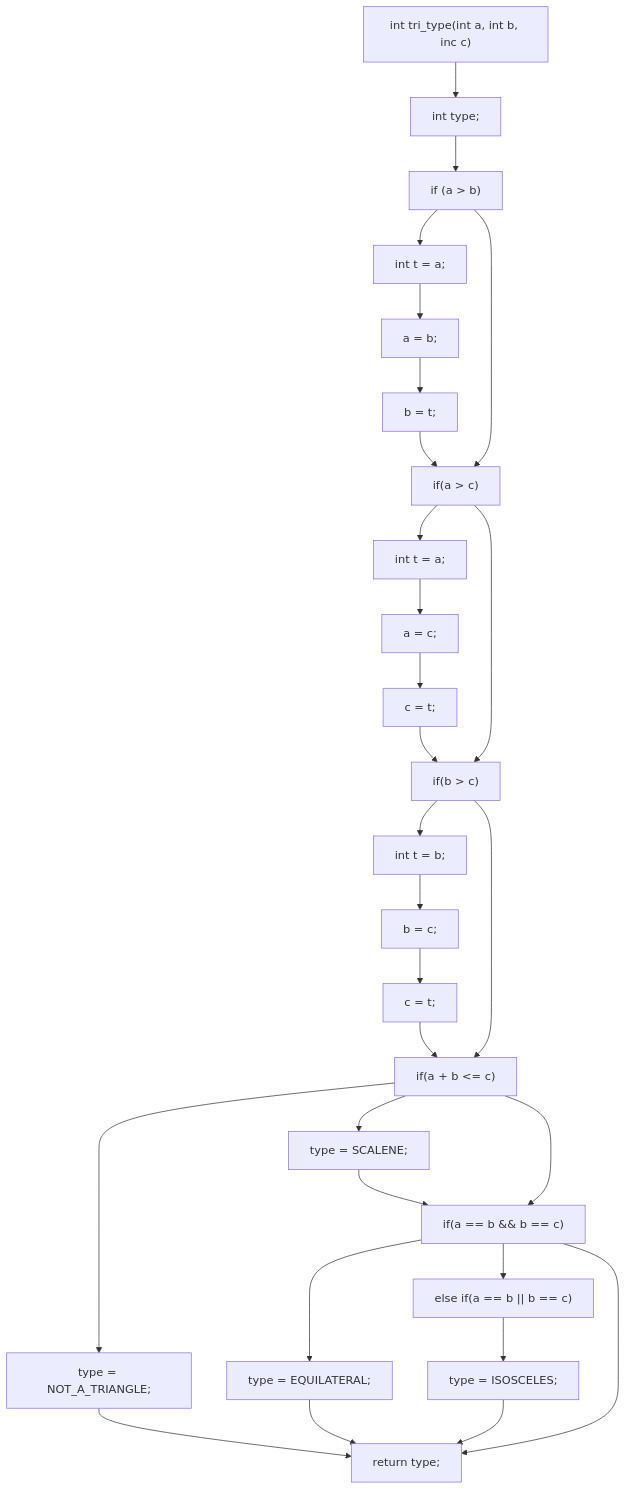
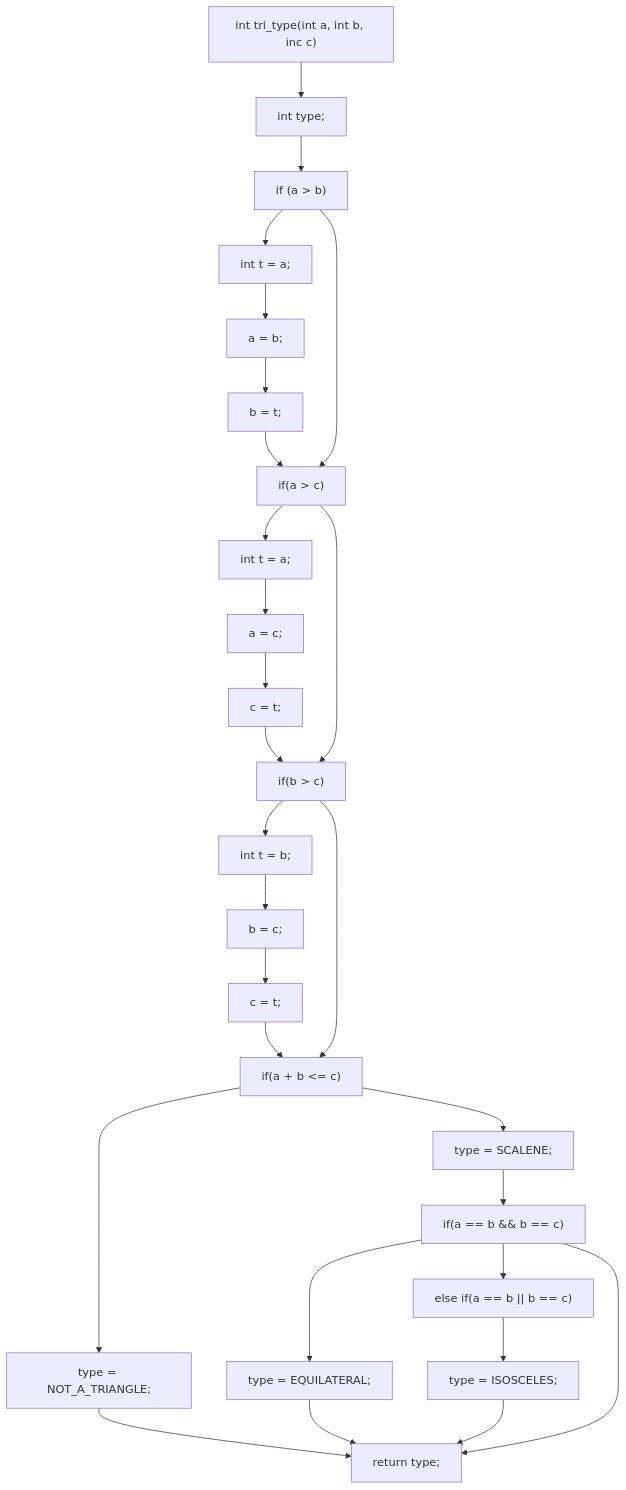
The second of 2 diagrams in README.md (hajer78945/eng5), drawn with Mermaid before and after one commit.

````diff
--- a/README.md
+++ b/README.md
@@ -203,24 +203,23 @@
 ```mermaid
 graph TD;
 id1["int tri_type(int a, int b, inc c)"]
 id2["int type;"]
 id1 --> id2;
 id3["if (a > b)"]
 id2 --> id3;
 id4["if(a > c)"]
 id3 --> id5["int t = a;"] --> id6["a = b;"] --> id7["b = t;"] --> id4
 id3 --> id4;
 id8["if(b > c)"]
 id4 --> id9["int t = a;"] --> id10["a = c;"] --> id11["c = t;"] --> id8
 id4 --> id8;
 id12["if(a + b <= c)"]
 id8 --> id13["int t = b;"] --> id14["b = c;"] --> id15["c = t;"] --> id12
 id8 --> id12;
 id16["return type;"]
 id12 --> id17["type = NOT_A_TRIANGLE;"] --> id16
 id12 --> id18["type = SCALENE;"] --> id19["if(a == b && b == c)"] --> id20["type = EQUILATERAL;"] --> id16
-id12 --> id19
 id19 --> id21["else if(a == b || b == c)"] --> id22["type = ISOSCELES;"] --> id16
 id19 --> id16
 
 ```
````
